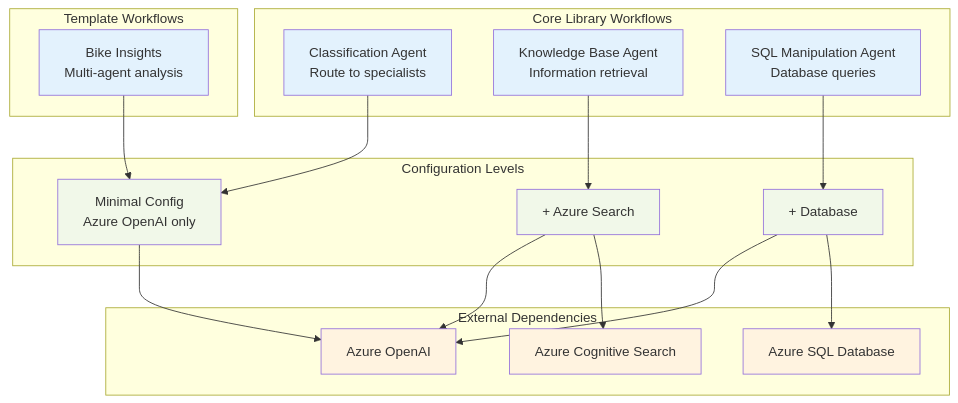
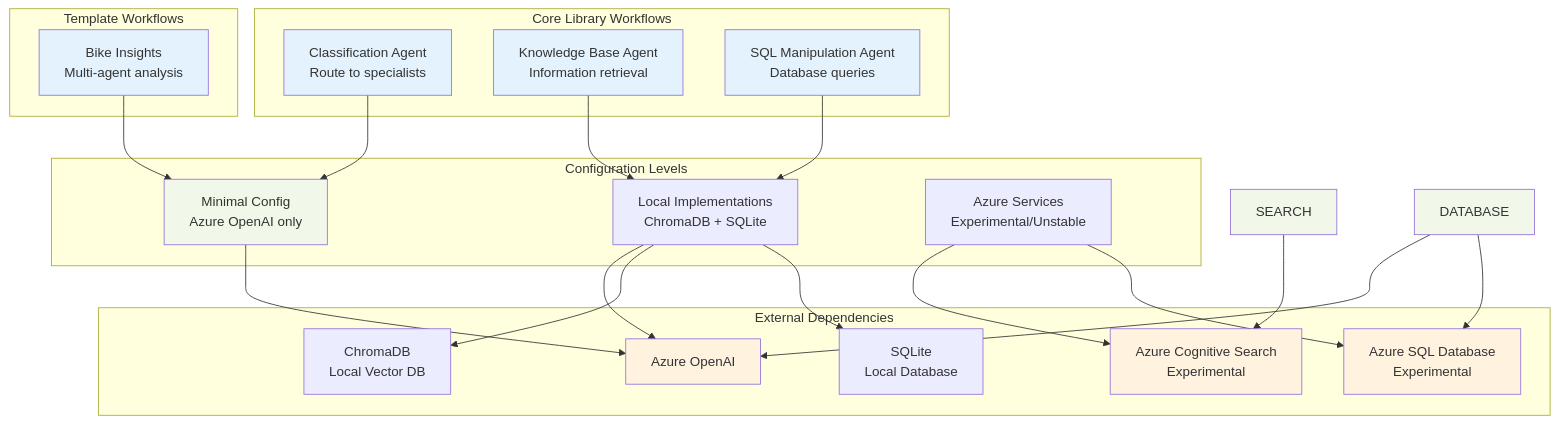
The first of 10 diagrams in docs/workflows/README.md (the-ingenious-dark-knight/Insight_Ingenious), drawn with Mermaid before and after one commit. The commit also changed 14 other files, not shown here.

First line of the commit message:
Update documentation and workflows for local implementations; stabilize knowledge-base and SQL agents

````diff
--- a/docs/workflows/README.md
+++ b/docs/workflows/README.md
@@ -18,45 +18,51 @@
 ```mermaid
 graph TB
     subgraph "Core Library Workflows"
         CLASSIFICATION[Classification Agent<br/>Route to specialists]
         KNOWLEDGE[Knowledge Base Agent<br/>Information retrieval]
         SQL[SQL Manipulation Agent<br/>Database queries]
     end
 
     subgraph "Template Workflows"
         BIKE_INSIGHTS[Bike Insights<br/>Multi-agent analysis]
     end
 
     subgraph "Configuration Levels"
         MINIMAL[Minimal Config<br/>Azure OpenAI only]
-        SEARCH[+ Azure Search]
-        DATABASE[+ Database]
+        LOCAL_IMPL[Local Implementations<br/>ChromaDB + SQLite]
+        AZURE_EXPERIMENTAL[Azure Services<br/>Experimental/Unstable]
     end
 
     subgraph "External Dependencies"
         AZURE_OPENAI[Azure OpenAI]
-        AZURE_SEARCH[Azure Cognitive Search]
-        AZURE_SQL[Azure SQL Database]
+        CHROMADB[ChromaDB<br/>Local Vector DB]
+        SQLITE[SQLite<br/>Local Database]
+        AZURE_SEARCH[Azure Cognitive Search<br/>Experimental]
+        AZURE_SQL[Azure SQL Database<br/>Experimental]
     end
 
     CLASSIFICATION --> MINIMAL
     BIKE_INSIGHTS --> MINIMAL
 
-    KNOWLEDGE --> SEARCH
-
-    SQL --> DATABASE
+    KNOWLEDGE --> LOCAL_IMPL
+    SQL --> LOCAL_IMPL
 
     MINIMAL --> AZURE_OPENAI
-    SEARCH --> AZURE_OPENAI
+    LOCAL_IMPL --> AZURE_OPENAI
+    LOCAL_IMPL --> CHROMADB
+    LOCAL_IMPL --> SQLITE
+
+    AZURE_EXPERIMENTAL --> AZURE_SEARCH
+    AZURE_EXPERIMENTAL --> AZURE_SQL
     SEARCH --> AZURE_SEARCH
     DATABASE --> AZURE_OPENAI
     DATABASE --> AZURE_SQL
 
     classDef workflow fill:#e3f2fd
     classDef config fill:#f1f8e9
     classDef external fill:#fff3e0
 
     class CLASSIFICATION,KNOWLEDGE,SQL,BIKE_INSIGHTS workflow
     class MINIMAL,SEARCH,DATABASE config
     class AZURE_OPENAI,AZURE_SEARCH,AZURE_SQL external
 ```
````
